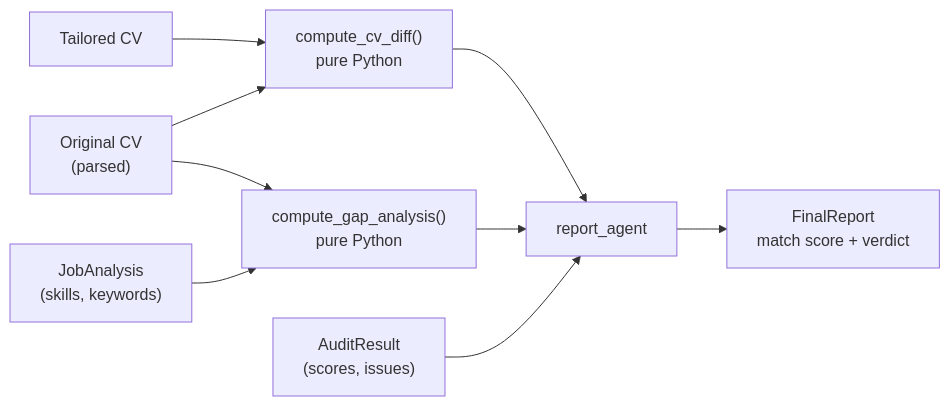
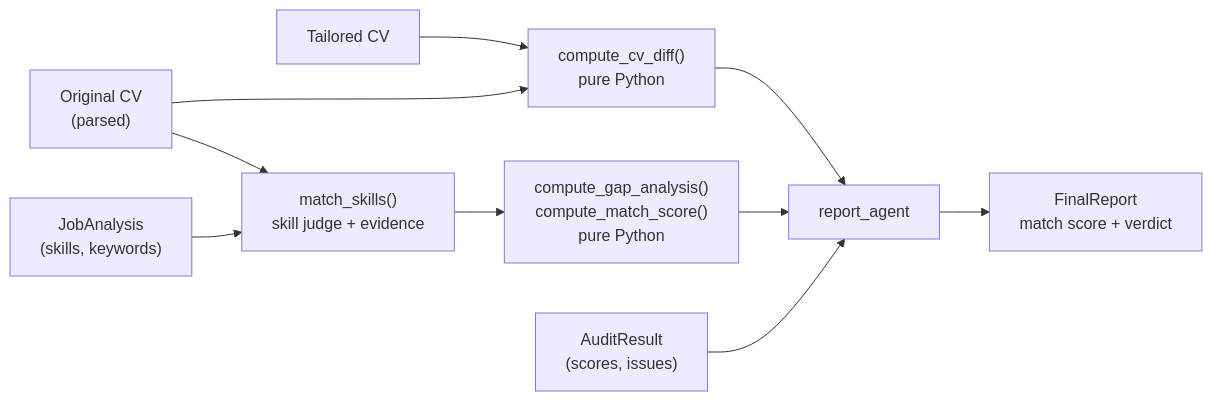
The diagram in docs/output.md (Tiqni/sira), drawn with Mermaid before and after one commit. The commit also changed other lines of this file and 29 other files, not shown here.

First line of the commit message:
feat: semantic job skill matching and python-computed match score (#12)

````diff
--- a/docs/output.md
+++ b/docs/output.md
@@ -50,11 +50,11 @@
 ```mermaid
 flowchart LR
     ORIG["Original CV<br/>(parsed)"] --> DIFF["compute_cv_diff()<br/>pure Python"]
     TAIL["Tailored CV"] --> DIFF
-    JOB["JobAnalysis<br/>(skills, keywords)"] --> GAP["compute_gap_analysis()<br/>pure Python"]
-    ORIG --> GAP
+    JOB["JobAnalysis<br/>(skills, keywords)"] --> MATCH["match_skills()<br/>skill judge + evidence"] --> GAP["compute_gap_analysis()<br/>compute_match_score()<br/>pure Python"]
+    ORIG --> MATCH
     DIFF --> RPT
     GAP --> RPT
     AUD["AuditResult<br/>(scores, issues)"] --> RPT["report_agent"]
     RPT --> OUT["FinalReport<br/>match score + verdict"]
 ```
````
